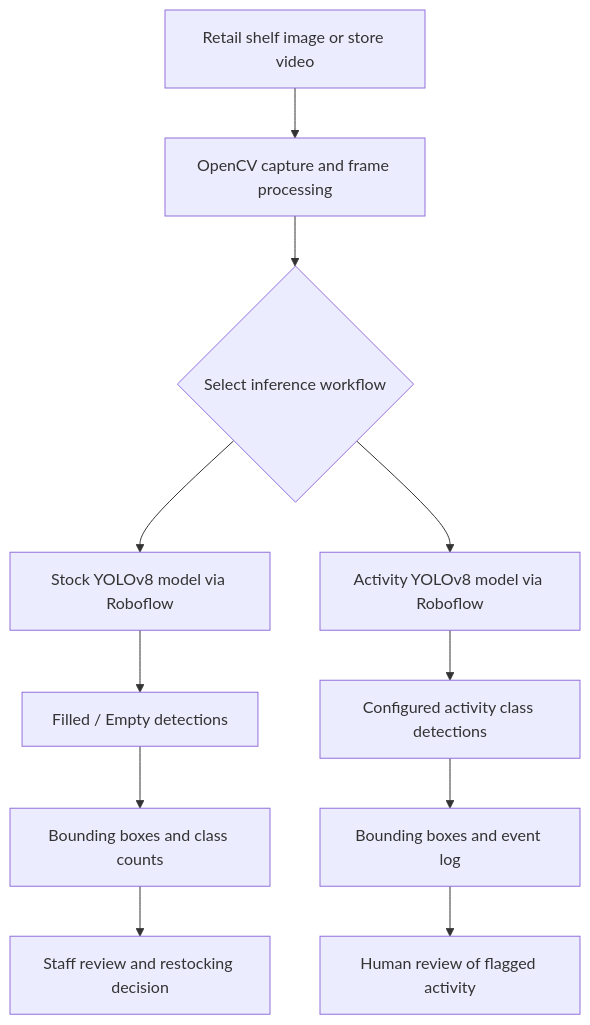
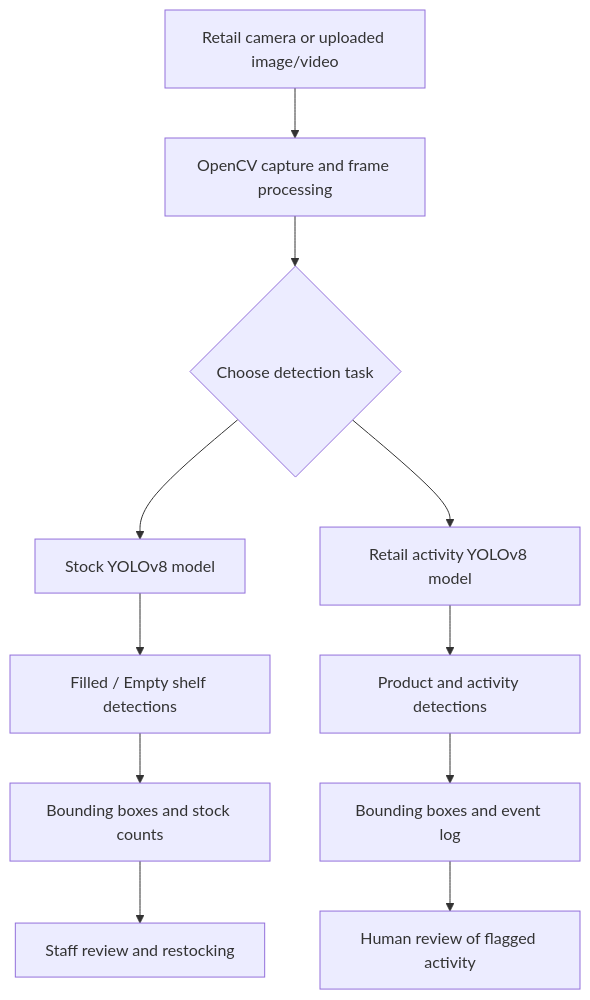
Before and after one commit to haady7/Real-Time-Stock-Management-System-for-Retail-Store: the diagram in README.md, drawn with Mermaid. The commit also changed other lines of this file, not shown here.

````diff
--- a/README.md
+++ b/README.md
@@ -78,13 +59,13 @@
 ```mermaid
 flowchart TD
-    A[Retail shelf image or store video] --> B[OpenCV capture and frame processing]
-    B --> C{Select inference workflow}
-    C --> D[Stock YOLOv8 model via Roboflow]
-    C --> E[Activity YOLOv8 model via Roboflow]
-    D --> F[Filled / Empty detections]
-    E --> G[Configured activity class detections]
-    F --> H[Bounding boxes and class counts]
+    A[Retail camera or uploaded image/video] --> B[OpenCV capture and frame processing]
+    B --> C{Choose detection task}
+    C --> D[Stock YOLOv8 model]
+    C --> E[Retail activity YOLOv8 model]
+    D --> F[Filled / Empty shelf detections]
+    E --> G[Product and activity detections]
+    F --> H[Bounding boxes and stock counts]
     G --> I[Bounding boxes and event log]
-    H --> J[Staff review and restocking decision]
+    H --> J[Staff review and restocking]
     I --> K[Human review of flagged activity]
 ```
````
